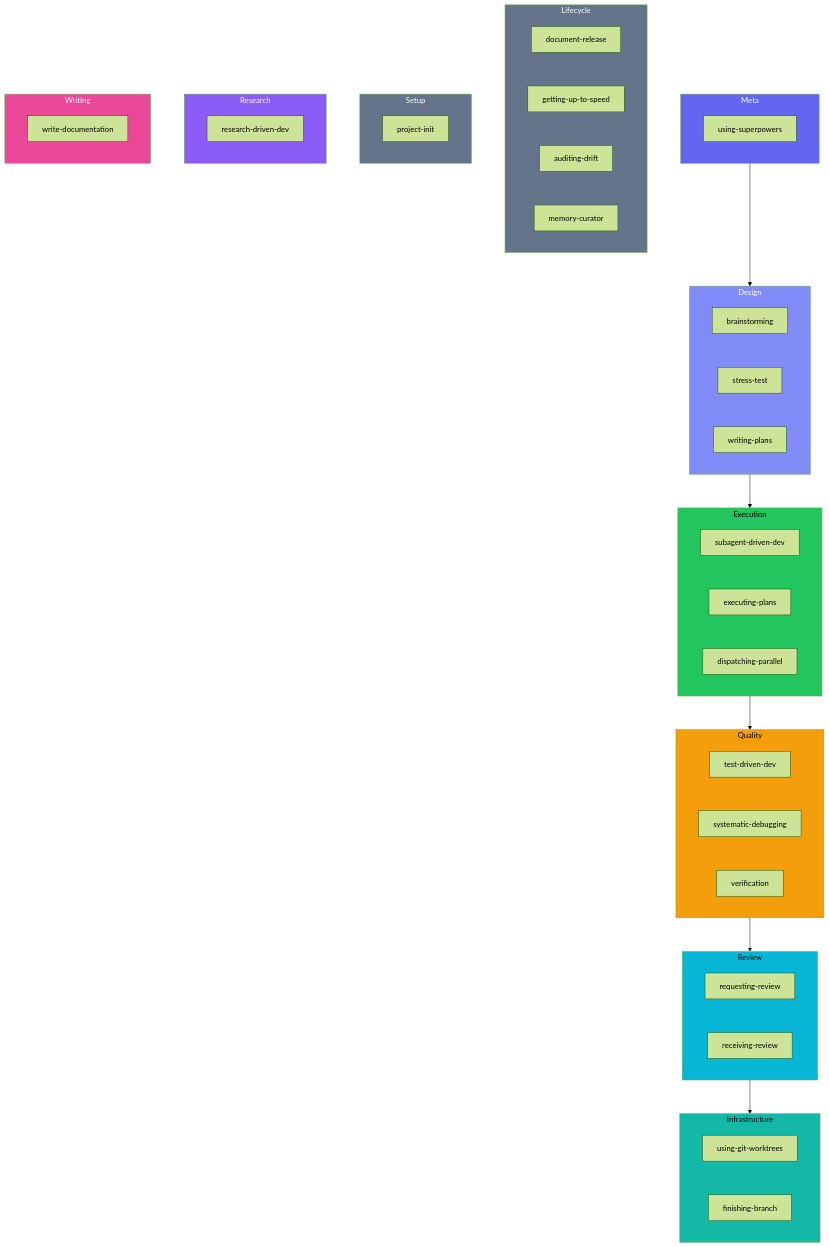
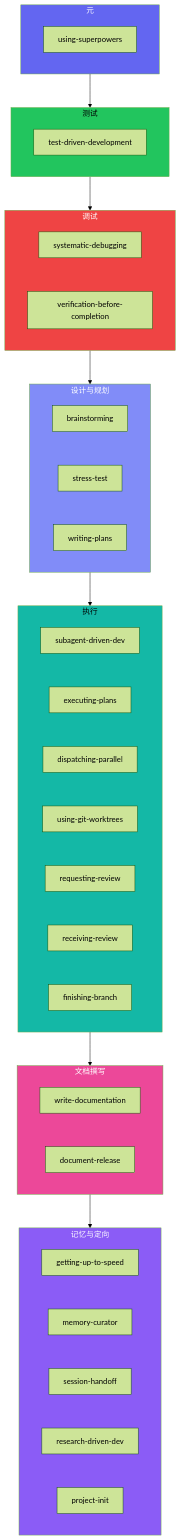
Before and after one commit to DollarDill/beads-superpowers: the first of 2 diagrams in docs/zh/skills.md, drawn with Mermaid (forest theme). The commit also changed other lines of this file and 1 other file, not shown here.

Commit message:
docs: skills reference reconciled to shipped skill set (bd-uk5ka)

````diff
--- a/docs/zh/skills.md
+++ b/docs/zh/skills.md
@@ -51,67 +53,59 @@
 ```mermaid
 ---
 config:
   flowchart:
     nodeSpacing: 70
     rankSpacing: 70
 ---
 graph TD
-  subgraph Meta
+  subgraph Meta ["元"]
     US["using-superpowers"]
   end
-  subgraph Design
+  subgraph Testing ["测试"]
+    TDD["test-driven-development"]
+  end
+  subgraph Debugging ["调试"]
+    SD["systematic-debugging"]
+    VBC["verification-before-completion"]
+  end
+  subgraph Design ["设计与规划"]
     BR["brainstorming"]
     STR["stress-test"]
     WP["writing-plans"]
   end
-  subgraph Execution
+  subgraph Execution ["执行"]
     SDD["subagent-driven-dev"]
     EP["executing-plans"]
     DPA["dispatching-parallel"]
-  end
-  subgraph Quality
-    TDD["test-driven-dev"]
-    SD["systematic-debugging"]
-    VBC["verification"]
-  end
-  subgraph Review
+    WT["using-git-worktrees"]
     RCR["requesting-review"]
     REC["receiving-review"]
-  end
-  subgraph Infra ["Infrastructure"]
-    WT["using-git-worktrees"]
     FAB["finishing-branch"]
   end
-  subgraph Lifecycle
+  subgraph Documentation ["文档撰写"]
+    WD["write-documentation"]
     DR["document-release"]
+  end
+  subgraph Memory ["记忆与定向"]
     GUS["getting-up-to-speed"]
-    AUD["auditing-drift"]
     MC["memory-curator"]
-  end
-  subgraph Setup
+    SH["session-handoff"]
+    RDD["research-driven-dev"]
     PI["project-init"]
   end
-  subgraph Research
-    RDD["research-driven-dev"]
-  end
-  subgraph Writing
-    WD["write-documentation"]
-  end
 
-  Meta --> Design
+  Meta --> Testing
+  Testing --> Debugging
+  Debugging --> Design
   Design --> Execution
-  Execution --> Quality
-  Quality --> Review
-  Review --> Infra
+  Execution --> Documentation
+  Documentation --> Memory
 
   style Meta fill:#6366f1,color:#fff
+  style Testing fill:#22c55e,color:#000
+  style Debugging fill:#ef4444,color:#fff
   style Design fill:#818cf8,color:#fff
-  style Execution fill:#22c55e,color:#000
-  style Quality fill:#f59e0b,color:#000
-  style Review fill:#06b6d4,color:#000
-  style Infra fill:#14b8a6,color:#000
-  style Lifecycle fill:#64748b,color:#fff
-  style Setup fill:#64748b,color:#fff
-  style Research fill:#8b5cf6,color:#fff
-  style Writing fill:#ec4899,color:#fff
+  style Execution fill:#14b8a6,color:#000
+  style Documentation fill:#ec4899,color:#fff
+  style Memory fill:#8b5cf6,color:#fff
 ```
````
